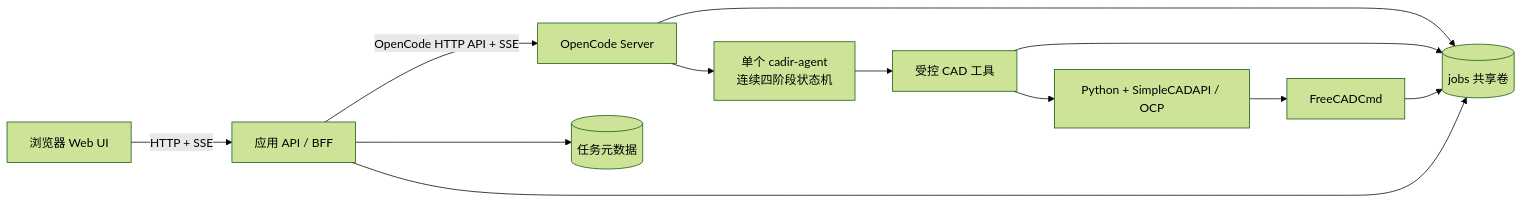
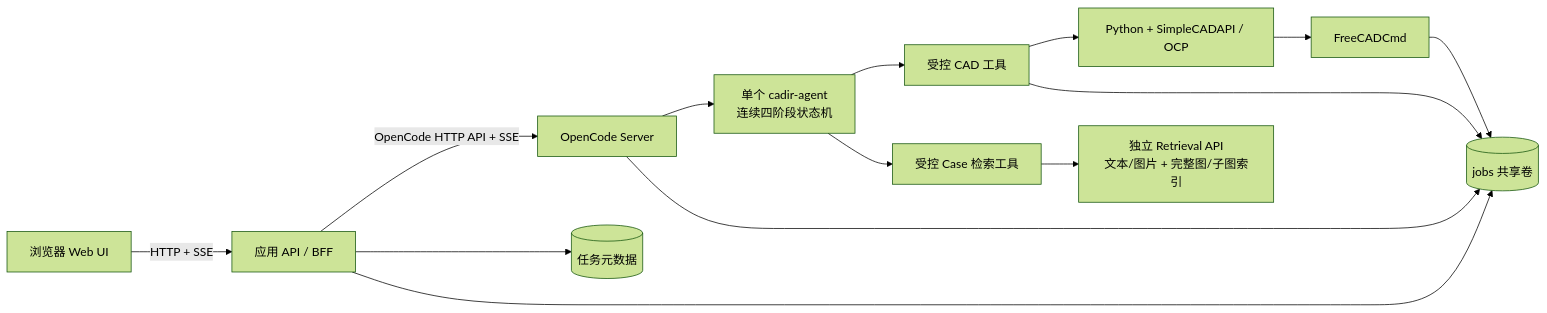
The first of 4 diagrams in CADIR_OPENCODE_WEB_TASK.md (Yulia2233/CADIR), drawn with Mermaid (forest theme) before and after one commit. The commit also changed other lines of this file and 19 other files, not shown here.

Commit message:
Add multimodal CAD case retrieval

````diff
--- a/CADIR_OPENCODE_WEB_TASK.md
+++ b/CADIR_OPENCODE_WEB_TASK.md
@@ -77,14 +78,16 @@
 ```mermaid
 flowchart LR
     U["浏览器 Web UI"] -->|"HTTP + SSE"| A["应用 API / BFF"]
     A -->|"OpenCode HTTP API + SSE"| O["OpenCode Server"]
     O --> M["单个 cadir-agent\n连续四阶段状态机"]
     M --> T["受控 CAD 工具"]
+    M --> R["受控 Case 检索工具"]
+    R --> Q["独立 Retrieval API\n文本/图片 + 完整图/子图索引"]
     T --> P["Python + SimpleCADAPI / OCP"]
     P --> F["FreeCADCmd"]
     A --> D[("任务元数据")]
     O --> V[("jobs 共享卷")]
     T --> V
     F --> V
     A --> V
 ```
````
